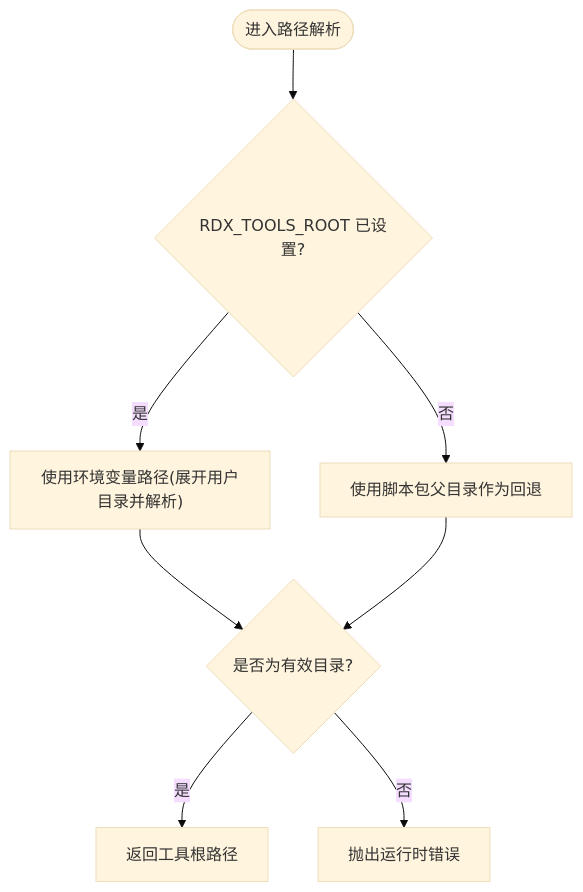
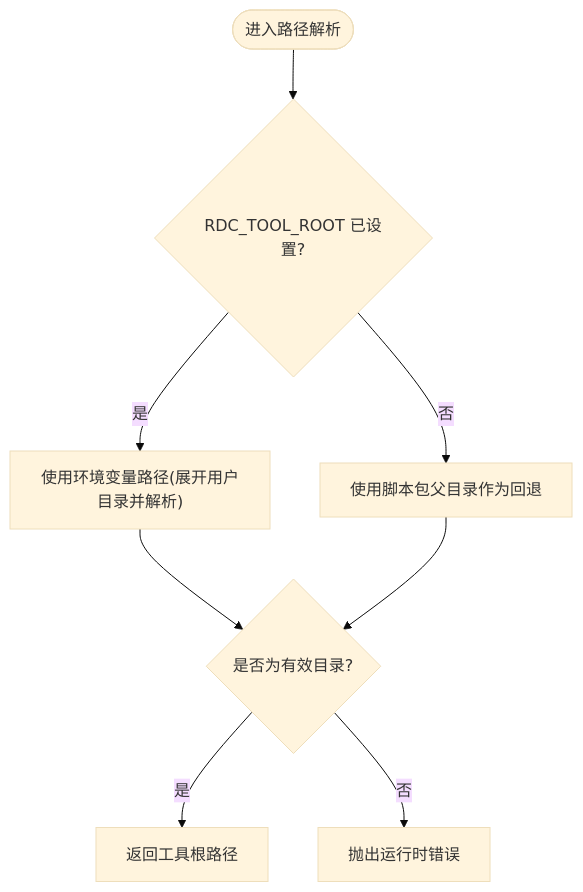
One commit to haolange/RDC-Tool changed the third of 10 diagrams in .qoder/repowiki/zh/content/运行时管理/运行时管理.md. Above: the diagram before and after it, drawn with Mermaid (base theme). The commit also changed other lines of this file and 388 other files, not shown here.

First line of the commit message:
Release RDC-Tool identity and public maintenance surface

````diff
--- a/.qoder/repowiki/zh/content/运行时管理/运行时管理.md
+++ b/.qoder/repowiki/zh/content/运行时管理/运行时管理.md
@@ -142,10 +142,10 @@
 ```mermaid
 flowchart TD
-Start(["进入路径解析"]) --> CheckEnv{"RDX_TOOLS_ROOT 已设置?"}
+Start(["进入路径解析"]) --> CheckEnv{"RDC_TOOL_ROOT 已设置?"}
 CheckEnv --> |是| UseEnv["使用环境变量路径(展开用户目录并解析)"]
 CheckEnv --> |否| UseFallback["使用脚本包父目录作为回退"]
 UseEnv --> Validate{"是否为有效目录?"}
 UseFallback --> Validate
 Validate --> |是| ReturnRoot["返回工具根路径"]
 Validate --> |否| RaiseErr["抛出运行时错误"]
 ```
````
